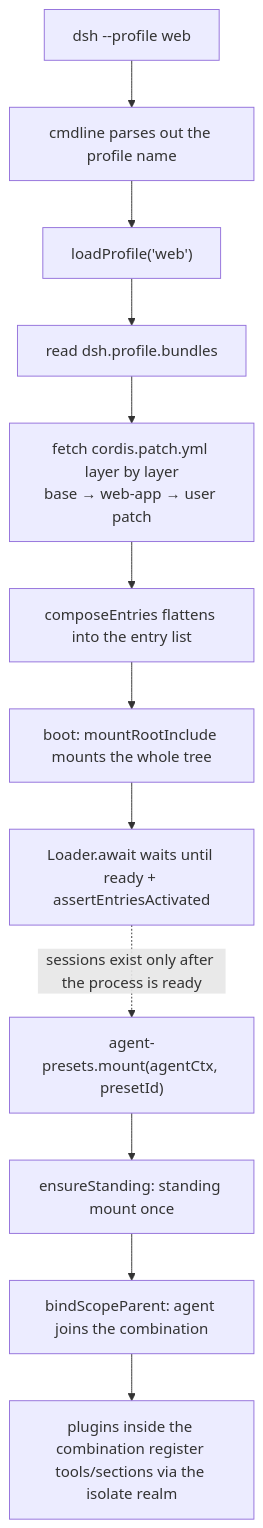
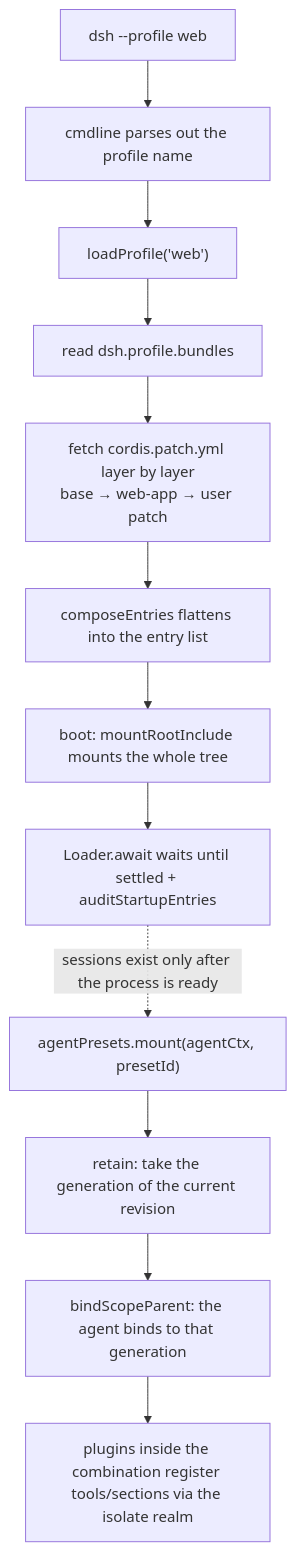
The second of 2 diagrams in ch15/ch15-preset-bundle-profile_en.md (ChenYu1991ppak/deepseek-harness-anatomy), drawn with Mermaid before and after one commit. The commit also changed other lines of this file and 124 other files, not shown here.

````diff
--- a/ch15/ch15-preset-bundle-profile_en.md
+++ b/ch15/ch15-preset-bundle-profile_en.md
@@ -370,14 +418,14 @@
 ```mermaid
 flowchart TD
     A["dsh --profile web"] --> B["cmdline parses out the profile name"]
     B --> C["loadProfile('web')"]
     C --> D["read dsh.profile.bundles"]
     D --> E["fetch cordis.patch.yml layer by layer<br/>base → web-app → user patch"]
     E --> F["composeEntries flattens into the entry list"]
     F --> G["boot: mountRootInclude mounts the whole tree"]
-    G --> H["Loader.await waits until ready + assertEntriesActivated"]
-    H -.->|sessions exist only after the process is ready| I["agent-presets.mount(agentCtx, presetId)"]
-    I --> J["ensureStanding: standing mount once"]
-    J --> K["bindScopeParent: agent joins the combination"]
+    G --> H["Loader.await waits until settled + auditStartupEntries"]
+    H -.->|sessions exist only after the process is ready| I["agentPresets.mount(agentCtx, presetId)"]
+    I --> J["retain: take the generation of the current revision"]
+    J --> K["bindScopeParent: the agent binds to that generation"]
     K --> L["plugins inside the combination register tools/sections via the isolate realm"]
 ```
````
